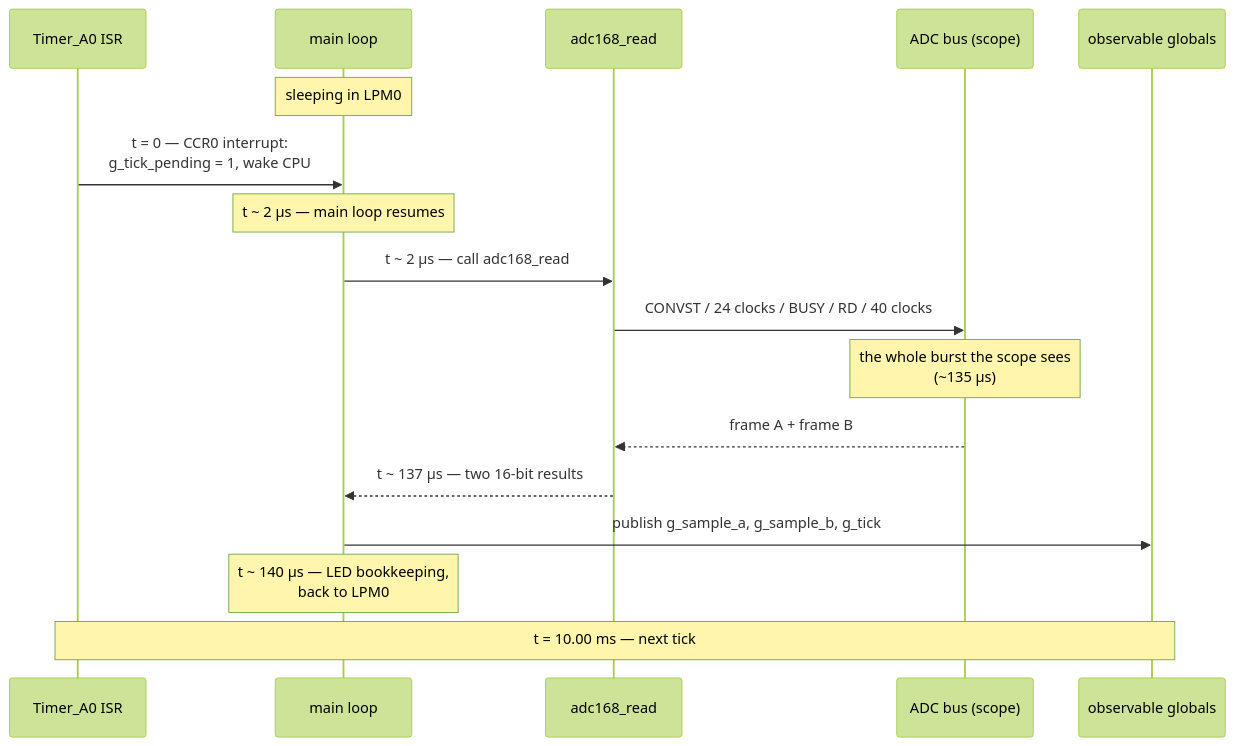
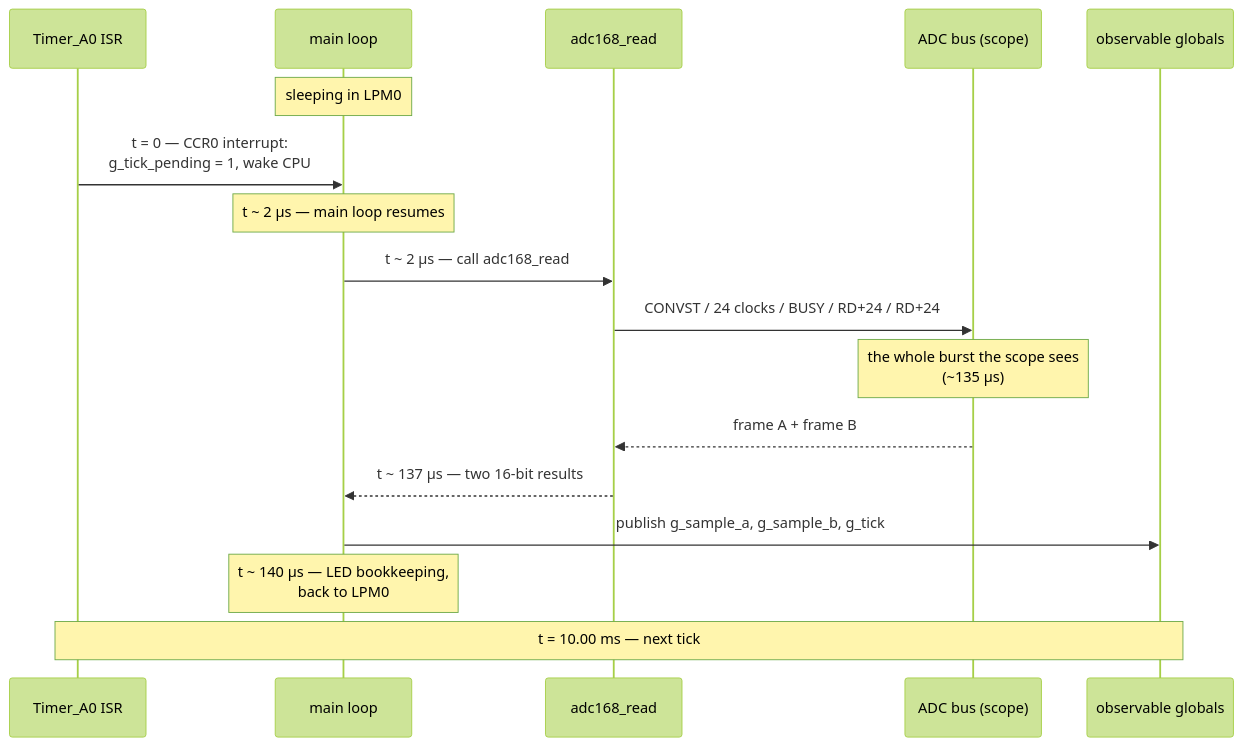
Before and after one commit to S-OConnor/MSP430_TestRepo: diagram 11 of 13 in docs/DESIGN.md, drawn with Mermaid (forest theme). The commit also changed other lines of this file and 7 other files, not shown here.

````diff
--- a/docs/DESIGN.md
+++ b/docs/DESIGN.md
@@ -1110,20 +1121,20 @@
 ```mermaid
 sequenceDiagram
     participant T as Timer_A0 ISR
     participant L as main loop
     participant D as adc168_read
     participant B as ADC bus (scope)
     participant G as observable globals
 
     Note over L: sleeping in LPM0
     T->>L: t = 0 — CCR0 interrupt:<br/>g_tick_pending = 1, wake CPU
     Note over L: t ~ 2 µs — main loop resumes
     L->>D: t ~ 2 µs — call adc168_read
-    D->>B: CONVST / 24 clocks / BUSY / RD / 40 clocks
+    D->>B: CONVST / 24 clocks / BUSY / RD+24 / RD+24
     Note over B: the whole burst the scope sees<br/>(~135 µs)
     B-->>D: frame A + frame B
     D-->>L: t ~ 137 µs — two 16-bit results
     L->>G: publish g_sample_a, g_sample_b, g_tick
     Note over L: t ~ 140 µs — LED bookkeeping,<br/>back to LPM0
     Note over T,G: t = 10.00 ms — next tick
 ```
````
